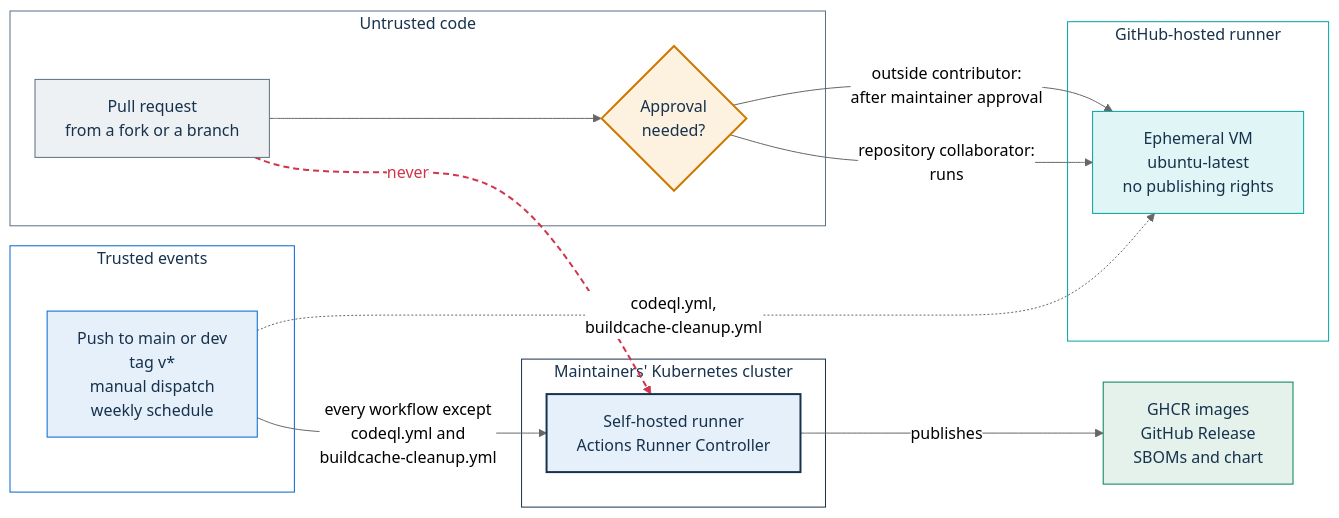
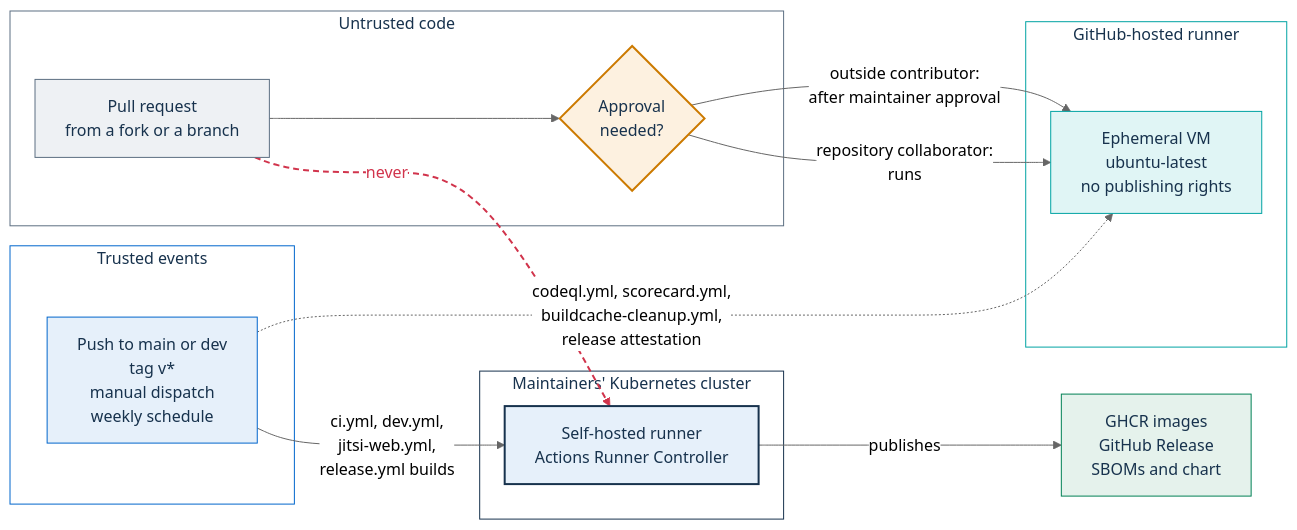
The second of 2 diagrams in SECURITY.md (italia/pa-webinar), drawn with Mermaid (neutral theme) before and after one commit. The commit also changed other lines of this file and 2 other files, not shown here.

````diff
--- a/SECURITY.md
+++ b/SECURITY.md
@@ -155,37 +155,37 @@
 ```mermaid
 flowchart LR
   subgraph untrusted["Untrusted code"]
     pr["Pull request<br/>from a fork or a branch"]:::ext
     gate{"Approval<br/>needed?"}:::risk
   end
   subgraph hosted["GitHub-hosted runner"]
     gh["Ephemeral VM<br/>ubuntu-latest<br/>no publishing rights"]:::data
   end
   subgraph trusted["Trusted events"]
     ev["Push to main or dev<br/>tag v*<br/>manual dispatch<br/>weekly schedule"]:::portal
   end
   subgraph cluster["Maintainers' Kubernetes cluster"]
     sh["Self-hosted runner<br/>Actions Runner Controller"]:::dark
   end
   out["GHCR images<br/>GitHub Release<br/>SBOMs and chart"]:::out
 
   pr --> gate
   gate -- "outside contributor:<br/>after maintainer approval" --> gh
   gate -- "repository collaborator:<br/>runs" --> gh
-  ev -- "every workflow except<br/>codeql.yml and<br/>buildcache-cleanup.yml" --> sh
-  ev -. "codeql.yml,<br/>buildcache-cleanup.yml" .-> gh
+  ev -- "ci.yml, dev.yml,<br/>jitsi-web.yml,<br/>release.yml builds" --> sh
+  ev -. "codeql.yml, scorecard.yml,<br/>buildcache-cleanup.yml,<br/>release attestation" .-> gh
   sh -- "publishes" --> out
   pr -. "never" .-> sh
 
   classDef ext fill:#EEF1F4,stroke:#5C6F82,color:#17324D
   classDef risk fill:#FDF1E0,stroke:#CC7A00,color:#17324D,stroke-width:2px
   classDef data fill:#E0F5F5,stroke:#00A3A3,color:#17324D
   classDef portal fill:#E6F0FA,stroke:#0066CC,color:#17324D
   classDef dark fill:#E6F0FA,stroke:#17324D,color:#17324D,stroke-width:2px
   classDef out fill:#E5F2EC,stroke:#008055,color:#17324D
   linkStyle 6 stroke:#D1344C,stroke-width:2px,stroke-dasharray:6 4,color:#D1344C
   style untrusted fill:#FFFFFF,stroke:#5C6F82,color:#17324D
   style hosted fill:#FFFFFF,stroke:#00A3A3,color:#17324D
   style trusted fill:#FFFFFF,stroke:#0066CC,color:#17324D
   style cluster fill:#FFFFFF,stroke:#17324D,color:#17324D
 ```
````
